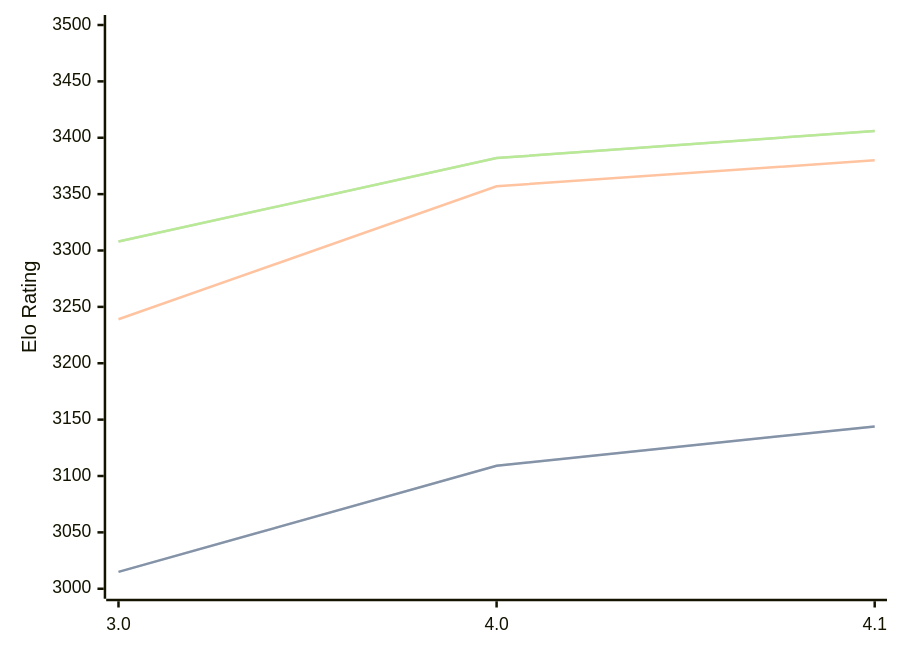
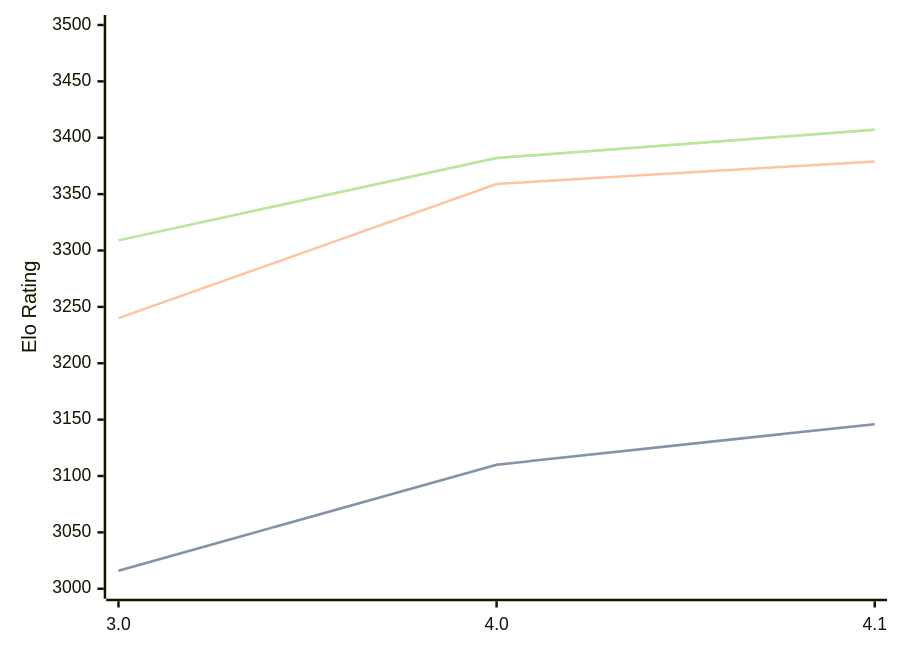
The third of 3 diagrams in engines/Eleanor.md (computer-chess-index/cci), drawn with Mermaid before and after one commit. The commit also changed other lines of this file, not shown here.

Commit message:
Update CCI Ratings (ELO VLTC) - 2026-06-23

````diff
--- a/engines/Eleanor.md
+++ b/engines/Eleanor.md
@@ -68,11 +68,11 @@
 ```mermaid
 %%{init: {"theme":"base","themeVariables":{"seriesColors:['#a3a3a3','#222221','#faa371']}}}%%
 xychart-beta
   x-axis ["3.0", "4.0", "4.1"]
   y-axis "Elo Rating" 3000 --> 3500
-  line "STC (8.0+0.08s)" [3015, 3109, 3144]
-  line "STC (8.0+0.08s)" [3015, 3109, 3144]
-  line "LTC (60.0+0.60s)" [3239, 3357, 3380]
-  line "VLTC (2m24s+1.12s)" [3308, 3382, 3406]
-  line "VLTC (2m24s+1.12s)" [3308, 3382, 3406]
+  line "STC (8.0+0.08s)" [3016, 3110, 3146]
+  line "STC (8.0+0.08s)" [3016, 3110, 3146]
+  line "LTC (60.0+0.60s)" [3240, 3359, 3379]
+  line "VLTC (2m24s+1.12s)" [3309, 3382, 3407]
+  line "VLTC (2m24s+1.12s)" [3309, 3382, 3407]
 ```
````
